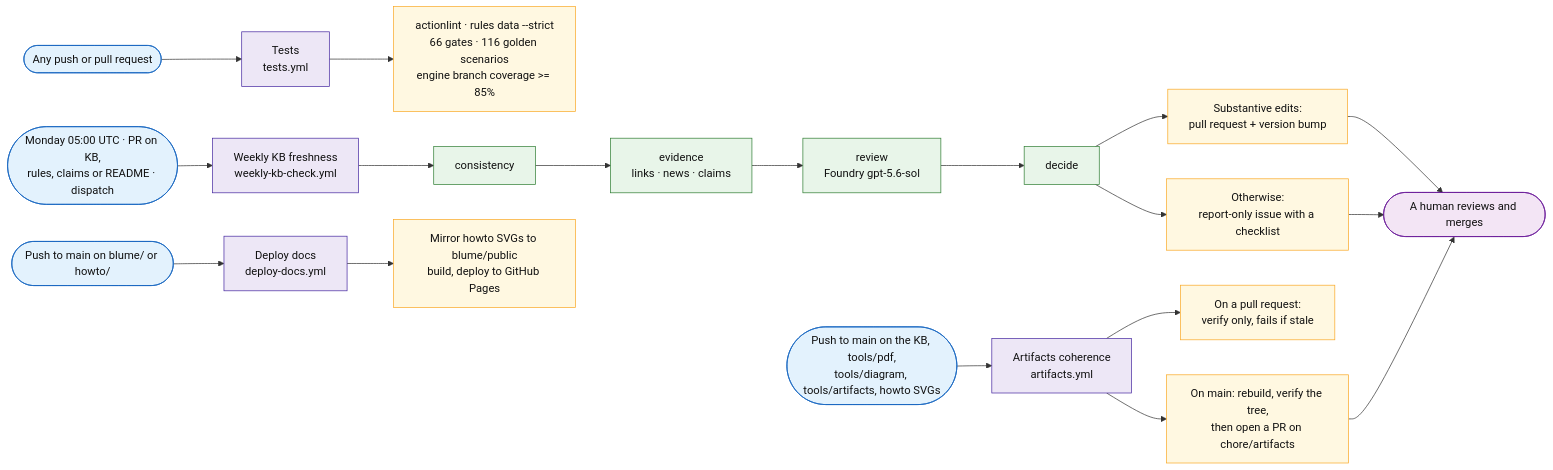
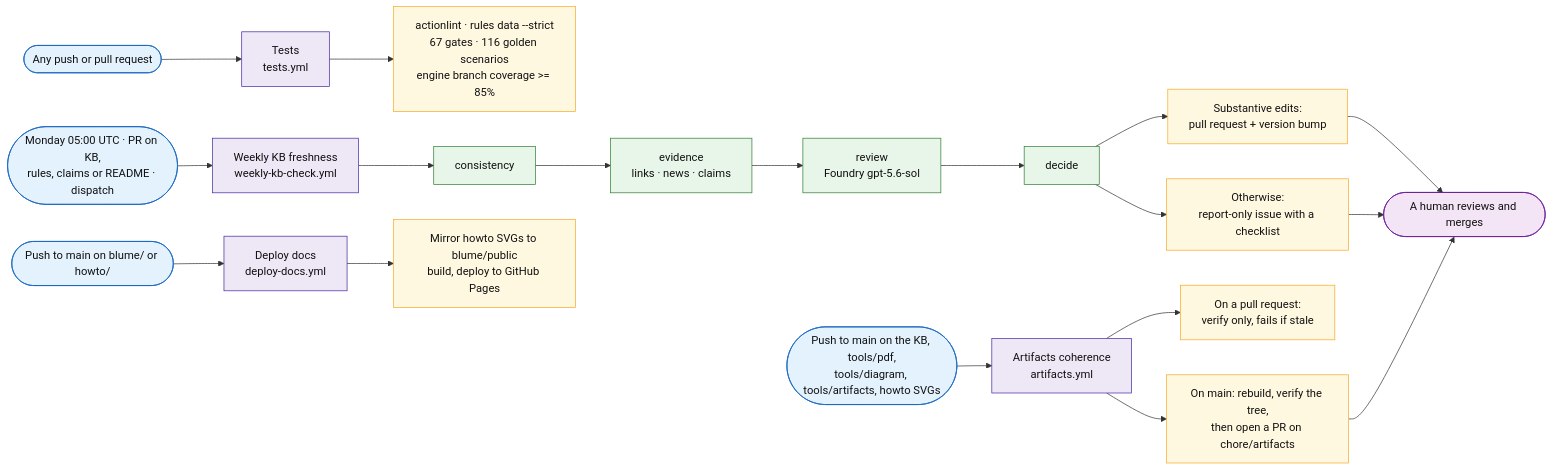
One commit to fredgis/sql-migration-advisor changed the sixth of 6 diagrams in docs/sql-migration-advisor-developer-pitch.md. Above: the diagram before and after it, drawn with Mermaid. The commit also changed 15 other files, not shown here.

````diff
--- a/docs/sql-migration-advisor-developer-pitch.md
+++ b/docs/sql-migration-advisor-developer-pitch.md
@@ -991,33 +991,33 @@
 ```mermaid
 flowchart LR
     G1([Any push or pull request]) --> W1[Tests<br/>tests.yml]
     G2([Monday 05:00 UTC · PR on KB,<br/>rules, claims or README · dispatch]) --> W2[Weekly KB freshness<br/>weekly-kb-check.yml]
     G3([Push to main on the KB, tools/pdf,<br/>tools/diagram, tools/artifacts, howto SVGs]) --> W3[Artifacts coherence<br/>artifacts.yml]
     G4([Push to main on blume/ or howto/]) --> W4[Deploy docs<br/>deploy-docs.yml]
 
-    W1 --> O1[actionlint · rules data --strict<br/>66 gates · 116 golden scenarios<br/>engine branch coverage >= 85%]
+    W1 --> O1[actionlint · rules data --strict<br/>67 gates · 116 golden scenarios<br/>engine branch coverage >= 85%]
 
     W2 --> C1[consistency] --> C2[evidence<br/>links · news · claims] --> C3[review<br/>Foundry gpt-5.6-sol] --> C4[decide]
     C4 --> O2a[Substantive edits:<br/>pull request + version bump]
     C4 --> O2b[Otherwise:<br/>report-only issue with a checklist]
 
     W3 --> O3a[On a pull request:<br/>verify only, fails if stale]
     W3 --> O3b[On main: rebuild, verify the tree,<br/>then open a PR on chore/artifacts]
 
     W4 --> O4[Mirror howto SVGs to blume/public<br/>build, deploy to GitHub Pages]
 
     O2a --> H([A human reviews and merges])
     O2b --> H
     O3b --> H
 
     classDef trig fill:#e3f2fd,stroke:#1565c0,color:#111
     classDef flow fill:#ede7f6,stroke:#4527a0,color:#111
     classDef step fill:#e8f5e9,stroke:#2e7d32,color:#111
     classDef out fill:#fff8e1,stroke:#f9a825,color:#111
     classDef human fill:#f3e5f5,stroke:#6a1b9a,color:#111
     class G1,G2,G3,G4 trig
     class W1,W2,W3,W4 flow
     class C1,C2,C3,C4 step
     class O1,O2a,O2b,O3a,O3b,O4 out
     class H human
 ```
````
